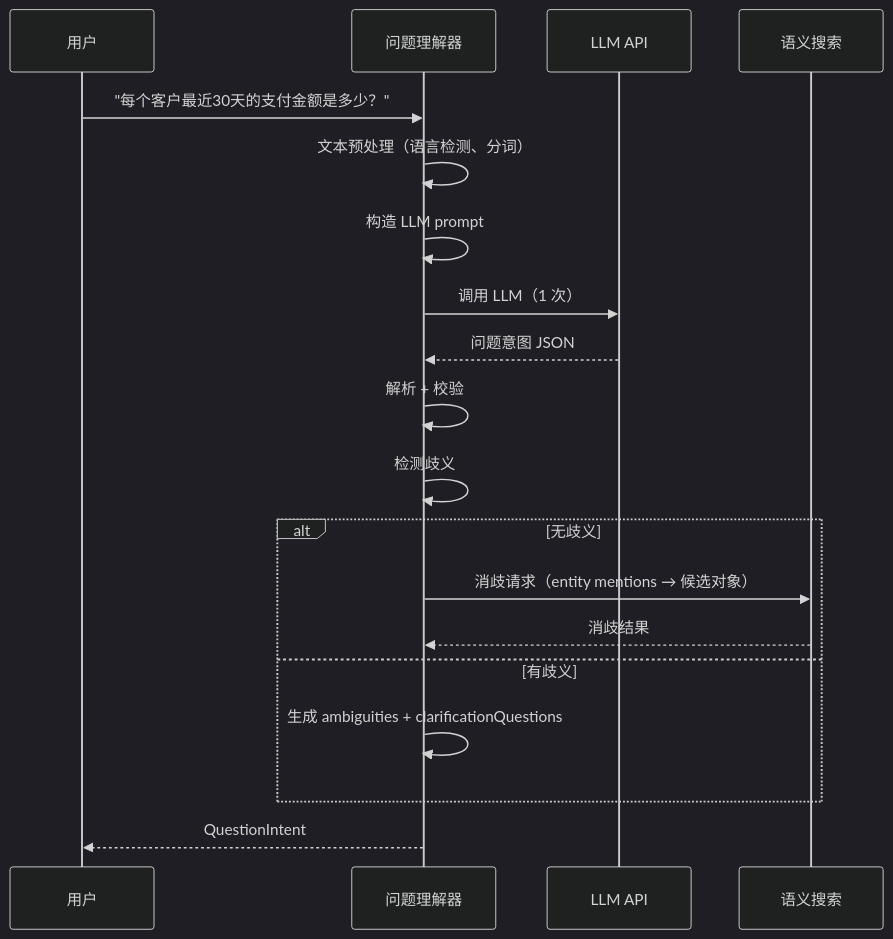
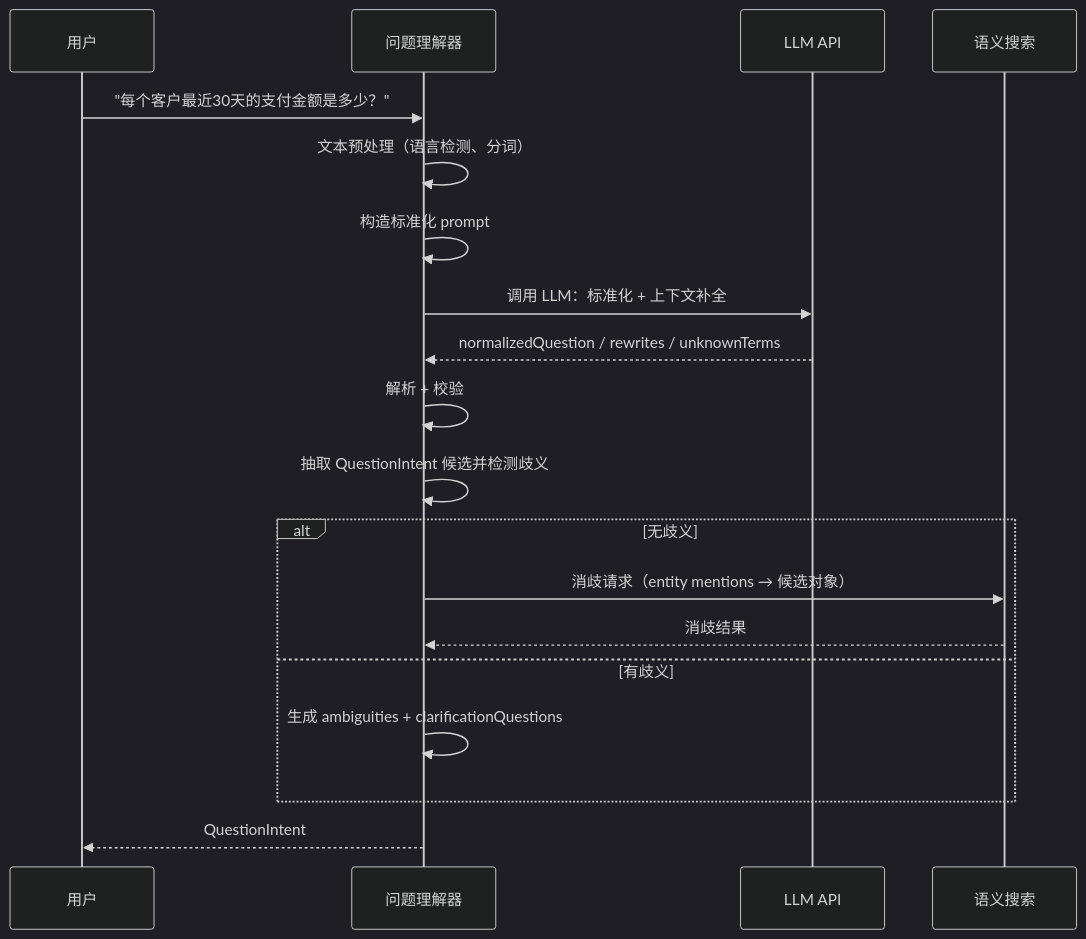
The third of 4 diagrams in docs/design/semantic-layer/08-question-understanding.md (xiaoguang/relation-detector), drawn with Mermaid (dark theme) before and after one commit. The commit also changed other lines of this file and 3 other files, not shown here.

````diff
--- a/docs/design/semantic-layer/08-question-understanding.md
+++ b/docs/design/semantic-layer/08-question-understanding.md
@@ -133,22 +137,22 @@
 ```mermaid
 sequenceDiagram
     participant User as 用户
     participant QU as 问题理解器
     participant API as LLM API
     participant SS as 语义搜索
 
     User->>QU: "每个客户最近30天的支付金额是多少？"
     QU->>QU: 文本预处理（语言检测、分词）
-    QU->>QU: 构造 LLM prompt
-    QU->>API: 调用 LLM（1 次）
-    API-->>QU: 问题意图 JSON
+    QU->>QU: 构造标准化 prompt
+    QU->>API: 调用 LLM：标准化 + 上下文补全
+    API-->>QU: normalizedQuestion / rewrites / unknownTerms
     QU->>QU: 解析 + 校验
-    QU->>QU: 检测歧义
+    QU->>QU: 抽取 QuestionIntent 候选并检测歧义
     alt 无歧义
         QU->>SS: 消歧请求（entity mentions → 候选对象）
         SS-->>QU: 消歧结果
     else 有歧义
         QU->>QU: 生成 ambiguities + clarificationQuestions
     end
     QU-->>User: QuestionIntent
 ```
````
